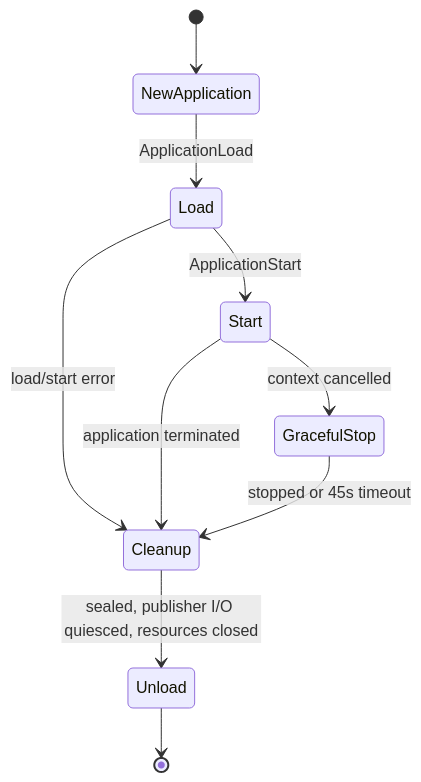
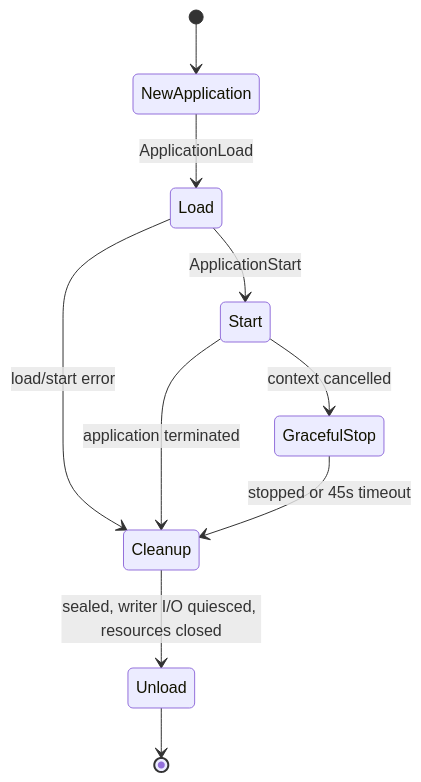
Before and after one commit to HarishHary/blink: the second of 2 diagrams in docs/services/controller.md, drawn with Mermaid. The commit also changed other lines of this file and 115 other files, not shown here.

````diff
--- a/docs/services/controller.md
+++ b/docs/services/controller.md
@@ -47,12 +49,12 @@
 ```mermaid
 stateDiagram-v2
   [*] --> NewApplication
   NewApplication --> Load: ApplicationLoad
   Load --> Start: ApplicationStart
   Load --> Cleanup: load/start error
   Start --> GracefulStop: context cancelled
   Start --> Cleanup: application terminated
   GracefulStop --> Cleanup: stopped or 45s timeout
-  Cleanup --> Unload: sealed, publisher I/O quiesced, resources closed
+  Cleanup --> Unload: sealed, writer I/O quiesced, resources closed
   Unload --> [*]
 ```
````
